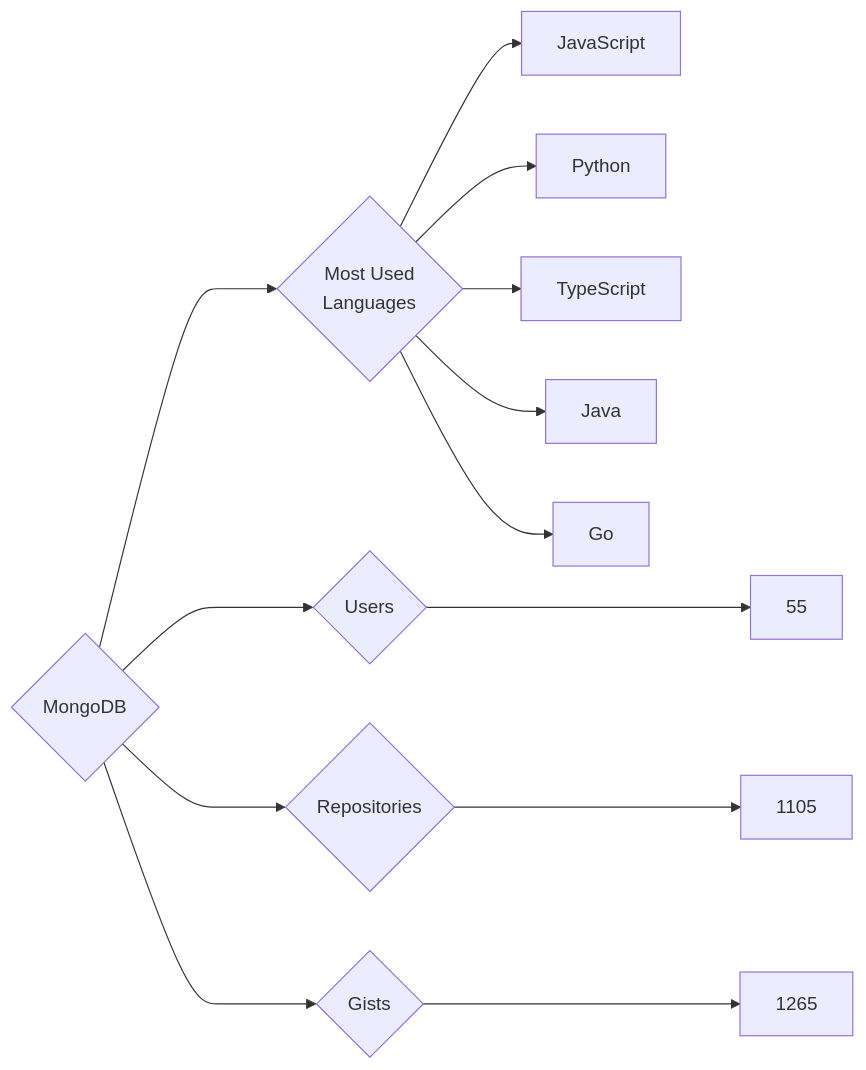
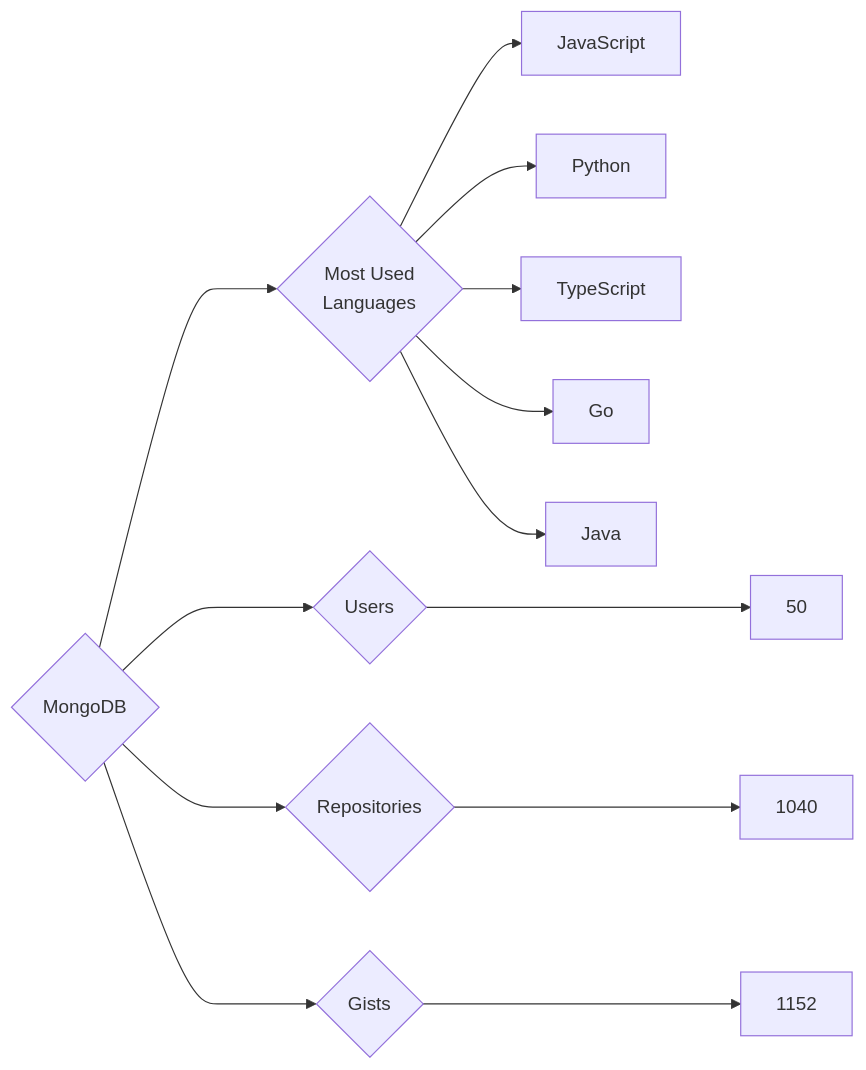
Before and after one commit to trickest/insiders: the diagram in targets/MongoDB/README.md, drawn with Mermaid. The commit also changed 796 other files, not shown here.

````diff
--- a/targets/MongoDB/README.md
+++ b/targets/MongoDB/README.md
@@ -3,13 +3,13 @@
 ```mermaid
 graph LR
 COMPANY_NAME{MongoDB}
-COMPANY_NAME ---> U{Users} ---> UN[55]
-COMPANY_NAME ---> R{Repositories} ---> RN[1105]
-COMPANY_NAME ---> G{Gists} ---> GN[1265]
+COMPANY_NAME ---> U{Users} ---> UN[50]
+COMPANY_NAME ---> R{Repositories} ---> RN[1040]
+COMPANY_NAME ---> G{Gists} ---> GN[1152]
 COMPANY_NAME ---> ML{Most Used<br>Languages}
 ML --> JavaScript[JavaScript]
 ML --> Python[Python]
 ML --> TypeScript[TypeScript]
+ML --> Go[Go]
 ML --> Java[Java]
-ML --> Go[Go]
 ```
````
